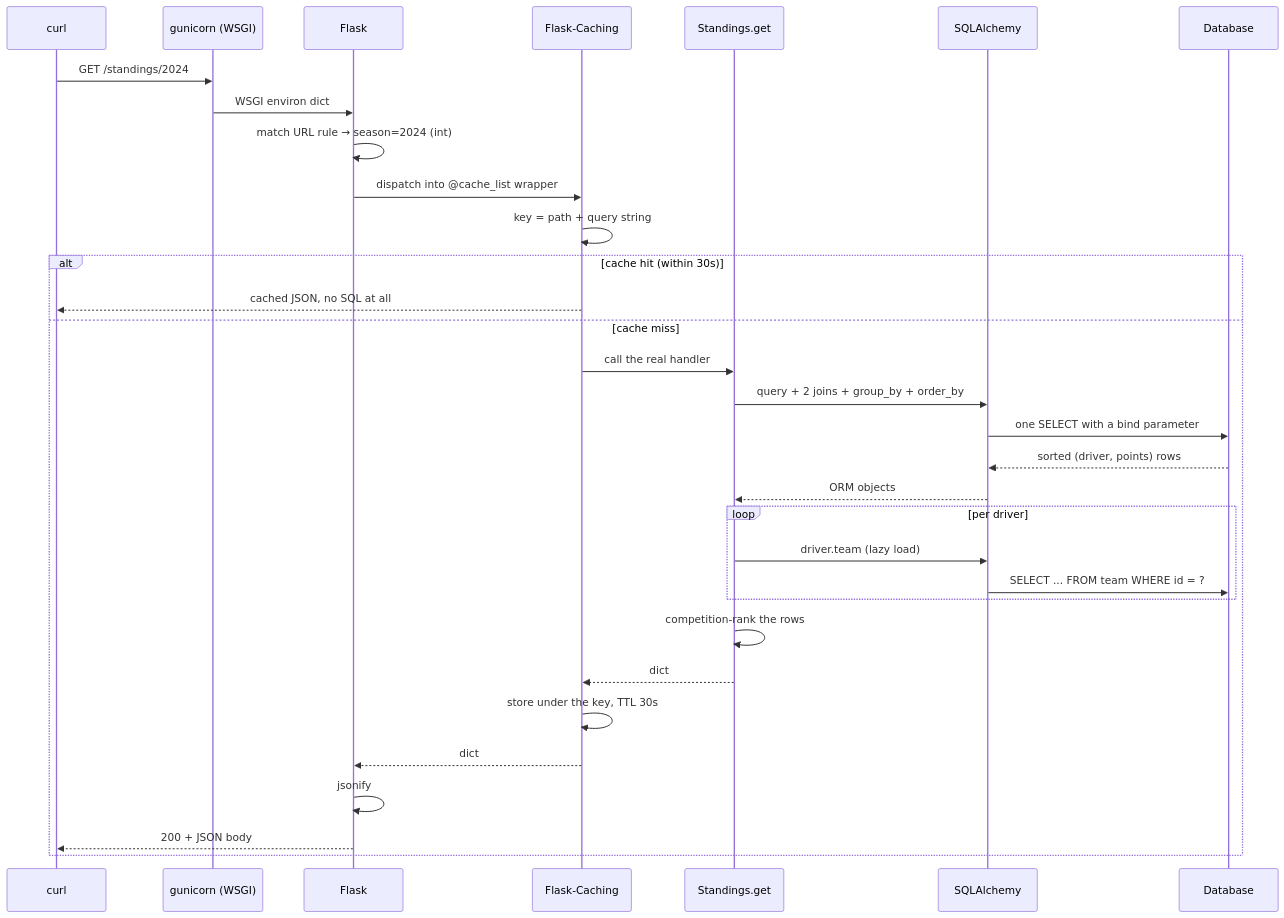
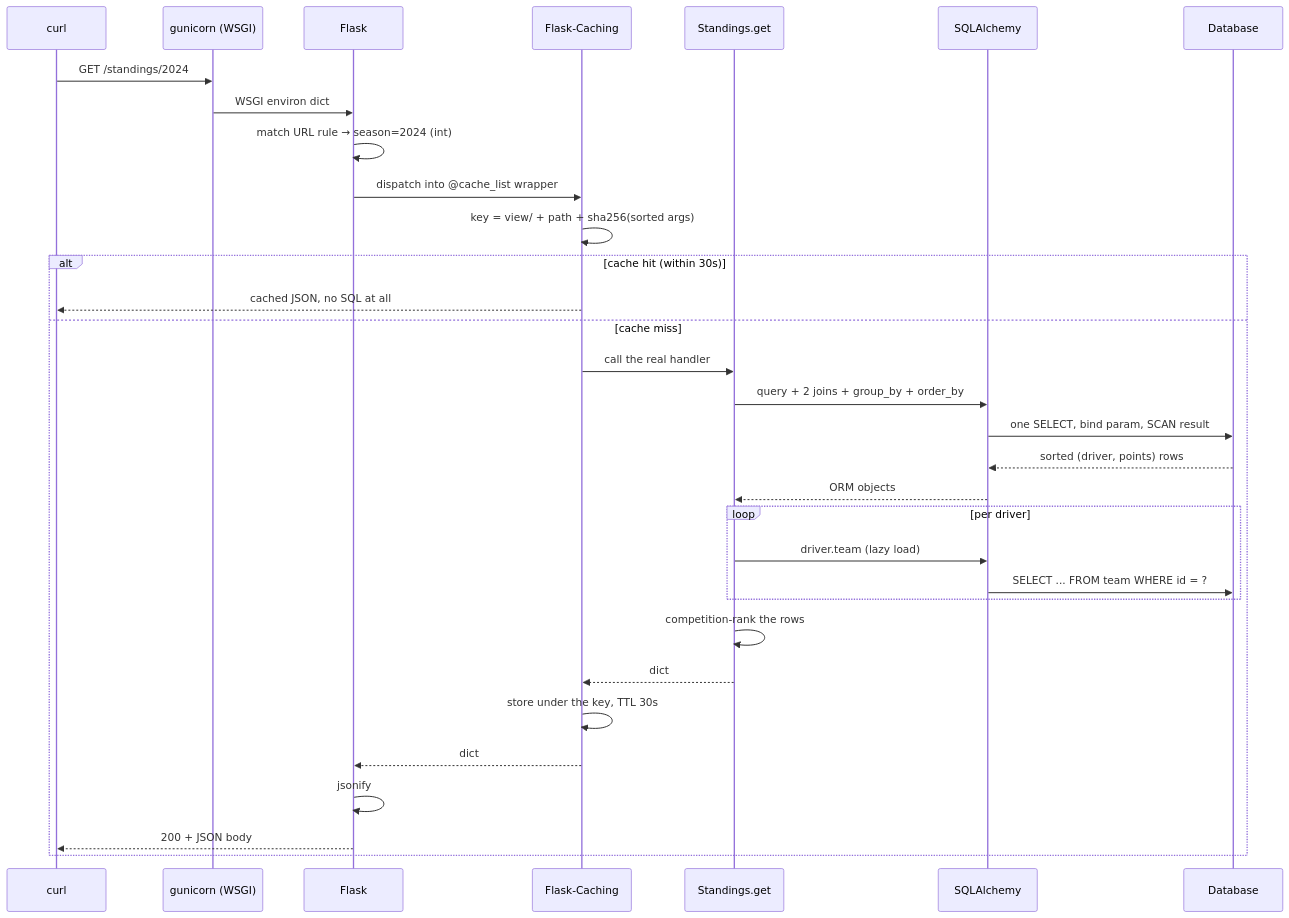
The third of 3 diagrams in docs/EXPLAINED.md (OzwP/f1-api), drawn with Mermaid before and after one commit. The commit also changed other lines of this file and 3 other files, not shown here.

````diff
--- a/docs/EXPLAINED.md
+++ b/docs/EXPLAINED.md
@@ -996,35 +1312,35 @@
 ```mermaid
 sequenceDiagram
     participant C as curl
     participant W as gunicorn (WSGI)
     participant F as Flask
     participant Ca as Flask-Caching
     participant R as Standings.get
     participant O as SQLAlchemy
     participant D as Database
 
     C->>W: GET /standings/2024
     W->>F: WSGI environ dict
     F->>F: match URL rule → season=2024 (int)
     F->>Ca: dispatch into @cache_list wrapper
-    Ca->>Ca: key = path + query string
+    Ca->>Ca: key = view/ + path + sha256(sorted args)
     alt cache hit (within 30s)
         Ca-->>C: cached JSON, no SQL at all
     else cache miss
         Ca->>R: call the real handler
         R->>O: query + 2 joins + group_by + order_by
-        O->>D: one SELECT with a bind parameter
+        O->>D: one SELECT, bind param, SCAN result
         D-->>O: sorted (driver, points) rows
         O-->>R: ORM objects
         loop per driver
             R->>O: driver.team (lazy load)
             O->>D: SELECT ... FROM team WHERE id = ?
         end
         R->>R: competition-rank the rows
         R-->>Ca: dict
         Ca->>Ca: store under the key, TTL 30s
         Ca-->>F: dict
         F->>F: jsonify
         F-->>C: 200 + JSON body
     end
 ```
````
